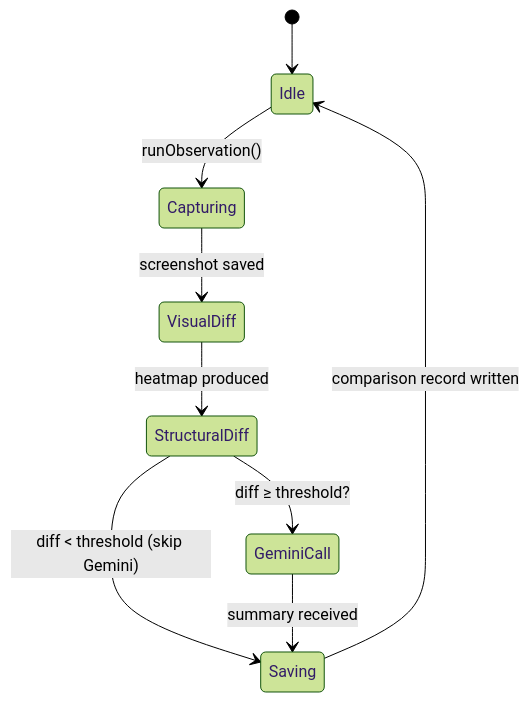
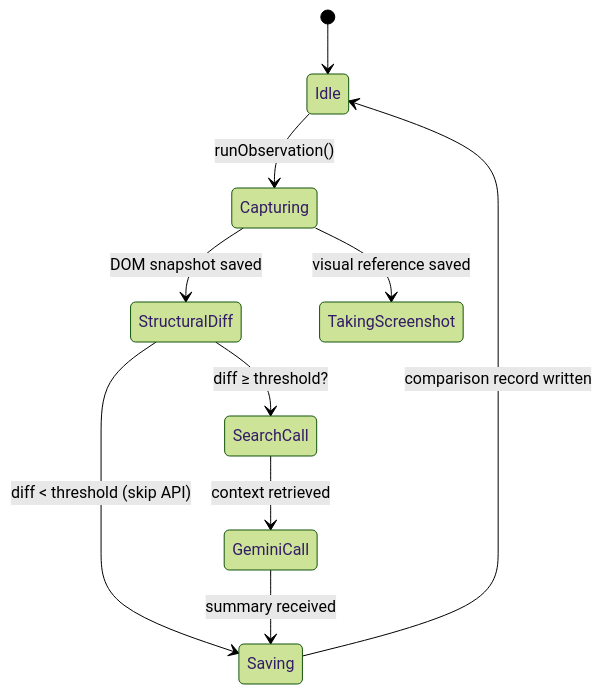
Before and after one commit to Ryosuke-Kawashima-Career/Web-Observation-Report: the diagram in docs/walkthrough.md, drawn with Mermaid (forest theme). The commit also changed other lines of this file and 13 other files, not shown here.

Commit message:
Deprecated pixel comparison. Added DOM structural comparison.

````diff
--- a/docs/walkthrough.md
+++ b/docs/walkthrough.md
@@ -54,11 +55,12 @@
 ```mermaid
 stateDiagram-v2
     [*] --> Idle
     Idle --> Capturing : runObservation()
-    Capturing --> VisualDiff : screenshot saved
-    VisualDiff --> StructuralDiff : heatmap produced
-    StructuralDiff --> GeminiCall : diff ≥ threshold?
-    StructuralDiff --> Saving : diff < threshold (skip Gemini)
+    Capturing --> StructuralDiff : DOM snapshot saved
+    Capturing --> TakingScreenshot: visual reference saved
+    StructuralDiff --> SearchCall : diff ≥ threshold?
+    SearchCall --> GeminiCall : context retrieved
+    StructuralDiff --> Saving : diff < threshold (skip API)
     GeminiCall --> Saving : summary received
     Saving --> Idle : comparison record written
 ```
````
